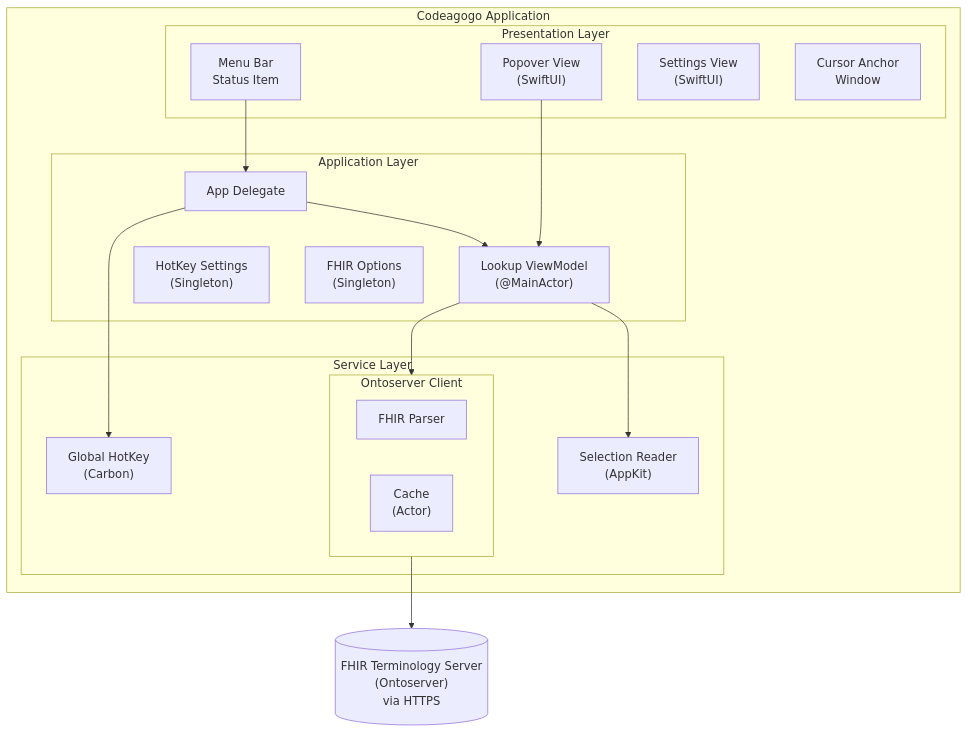
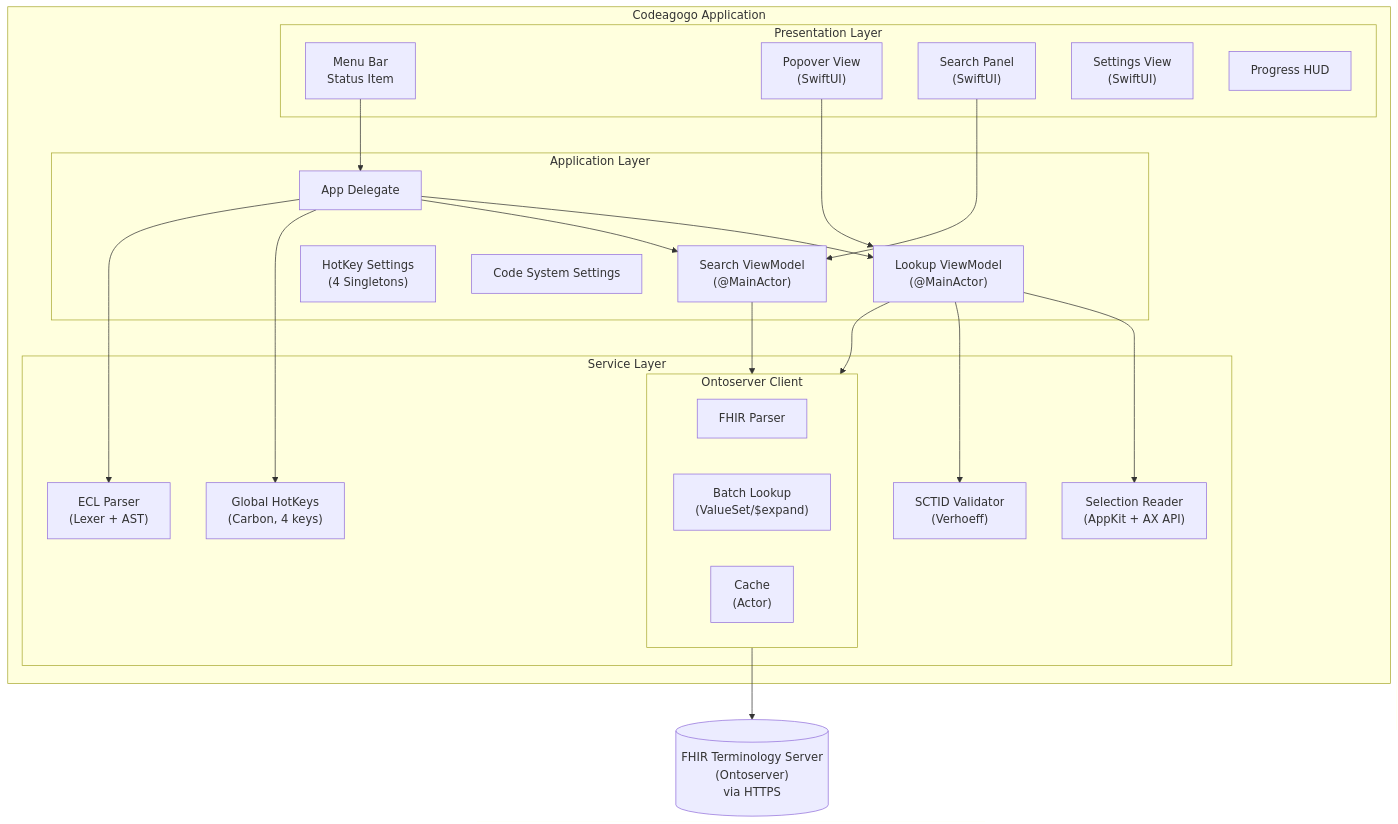
Before and after one commit to aehrc/codeagogo: the first of 3 diagrams in ARCHITECTURE.md, drawn with Mermaid. The commit also changed other lines of this file and 4 other files, not shown here.

````diff
--- a/ARCHITECTURE.md
+++ b/ARCHITECTURE.md
@@ -32,37 +44,47 @@
 ```mermaid
 flowchart TB
     subgraph App["Codeagogo Application"]
         subgraph Presentation["Presentation Layer"]
             MenuBar["Menu Bar<br/>Status Item"]
             Popover["Popover View<br/>(SwiftUI)"]
+            SearchPanel["Search Panel<br/>(SwiftUI)"]
             Settings["Settings View<br/>(SwiftUI)"]
-            Cursor["Cursor Anchor<br/>Window"]
+            ProgressHUD["Progress HUD"]
         end
 
         subgraph Application["Application Layer"]
             AppDelegate["App Delegate"]
-            ViewModel["Lookup ViewModel<br/>(@MainActor)"]
-            HotKeySettings["HotKey Settings<br/>(Singleton)"]
-            FHIROptions["FHIR Options<br/>(Singleton)"]
+            LookupVM["Lookup ViewModel<br/>(@MainActor)"]
+            SearchVM["Search ViewModel<br/>(@MainActor)"]
+            HotKeySettings["HotKey Settings<br/>(4 Singletons)"]
+            CodeSystemSettings["Code System Settings"]
         end
 
         subgraph Service["Service Layer"]
-            GlobalHotKey["Global HotKey<br/>(Carbon)"]
-            SelectionReader["Selection Reader<br/>(AppKit)"]
+            GlobalHotKey["Global HotKeys<br/>(Carbon, 4 keys)"]
+            SelectionReader["Selection Reader<br/>(AppKit + AX API)"]
+            ECLParser["ECL Parser<br/>(Lexer + AST)"]
+            SCTIDValidator["SCTID Validator<br/>(Verhoeff)"]
             subgraph OntoClient["Ontoserver Client"]
                 FHIRParser["FHIR Parser"]
+                BatchLookup["Batch Lookup<br/>(ValueSet/$expand)"]
                 Cache["Cache<br/>(Actor)"]
             end
         end
     end
 
     Server[("FHIR Terminology Server<br/>(Ontoserver)<br/>via HTTPS")]
 
     MenuBar --> AppDelegate
-    Popover --> ViewModel
-    AppDelegate --> ViewModel
+    Popover --> LookupVM
+    SearchPanel --> SearchVM
+    AppDelegate --> LookupVM
+    AppDelegate --> SearchVM
     AppDelegate --> GlobalHotKey
-    ViewModel --> SelectionReader
-    ViewModel --> OntoClient
+    LookupVM --> SelectionReader
+    LookupVM --> OntoClient
+    SearchVM --> OntoClient
+    AppDelegate --> ECLParser
+    LookupVM --> SCTIDValidator
     OntoClient --> Server
 ```
````
